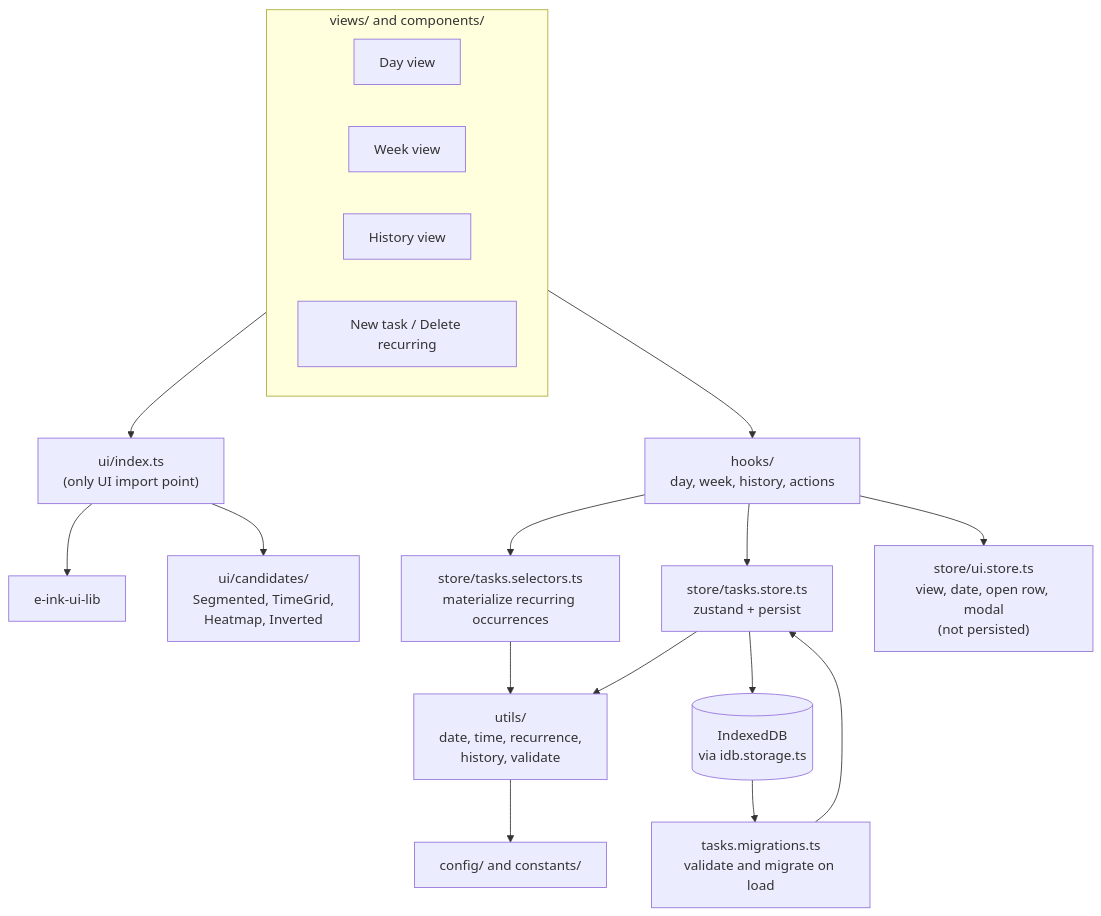
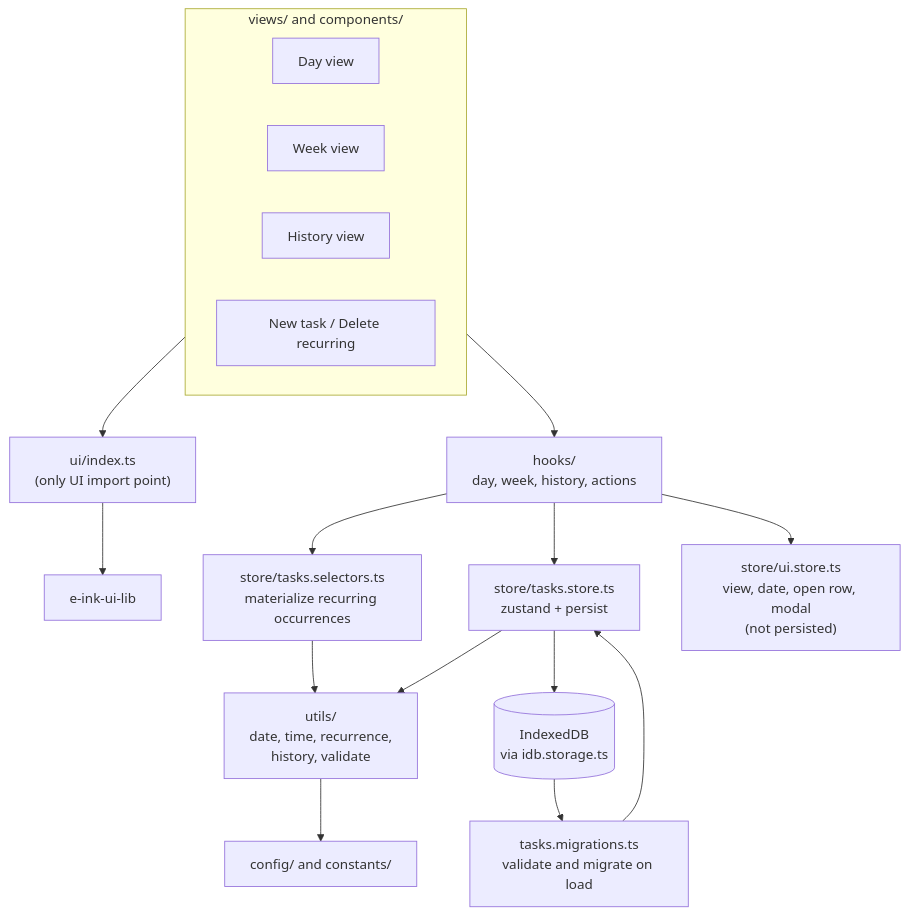
Before and after one commit to AlexisRoe/task-manager-eink: the diagram in README.md, drawn with Mermaid. The commit also changed other lines of this file and 25 other files, not shown here.

````diff
--- a/README.md
+++ b/README.md
@@ -81,36 +81,34 @@
 ```mermaid
 flowchart TD
   subgraph Views["views/ and components/"]
     Day[Day view]
     Week[Week view]
     History[History view]
     Modals[New task / Delete recurring]
   end
 
   UI["ui/index.ts<br/>(only UI import point)"]
   Lib[e-ink-ui-lib]
-  Cand["ui/candidates/<br/>Segmented, TimeGrid,<br/>Heatmap, Inverted"]
 
   Hooks["hooks/<br/>day, week, history, actions"]
   Sel["store/tasks.selectors.ts<br/>materialize recurring occurrences"]
   Tasks["store/tasks.store.ts<br/>zustand + persist"]
   Ui["store/ui.store.ts<br/>view, date, open row, modal<br/>(not persisted)"]
   Idb[("IndexedDB<br/>via idb.storage.ts")]
   Mig["tasks.migrations.ts<br/>validate and migrate on load"]
   Utils["utils/<br/>date, time, recurrence,<br/>history, validate"]
   Cfg["config/ and constants/"]
 
   Views --> UI
   UI --> Lib
-  UI --> Cand
   Views --> Hooks
   Hooks --> Sel
   Hooks --> Tasks
   Hooks --> Ui
   Sel --> Utils
   Tasks --> Idb
   Idb --> Mig
   Mig --> Tasks
   Tasks --> Utils
   Utils --> Cfg
 ```
````
